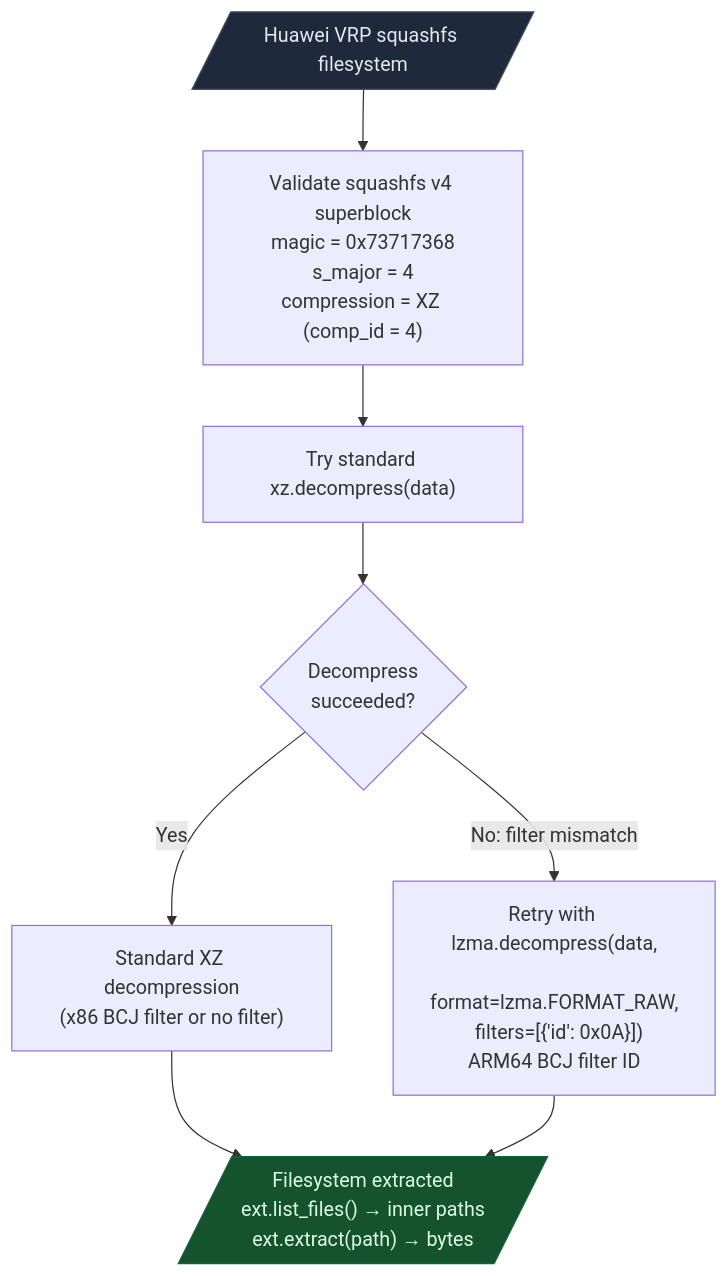
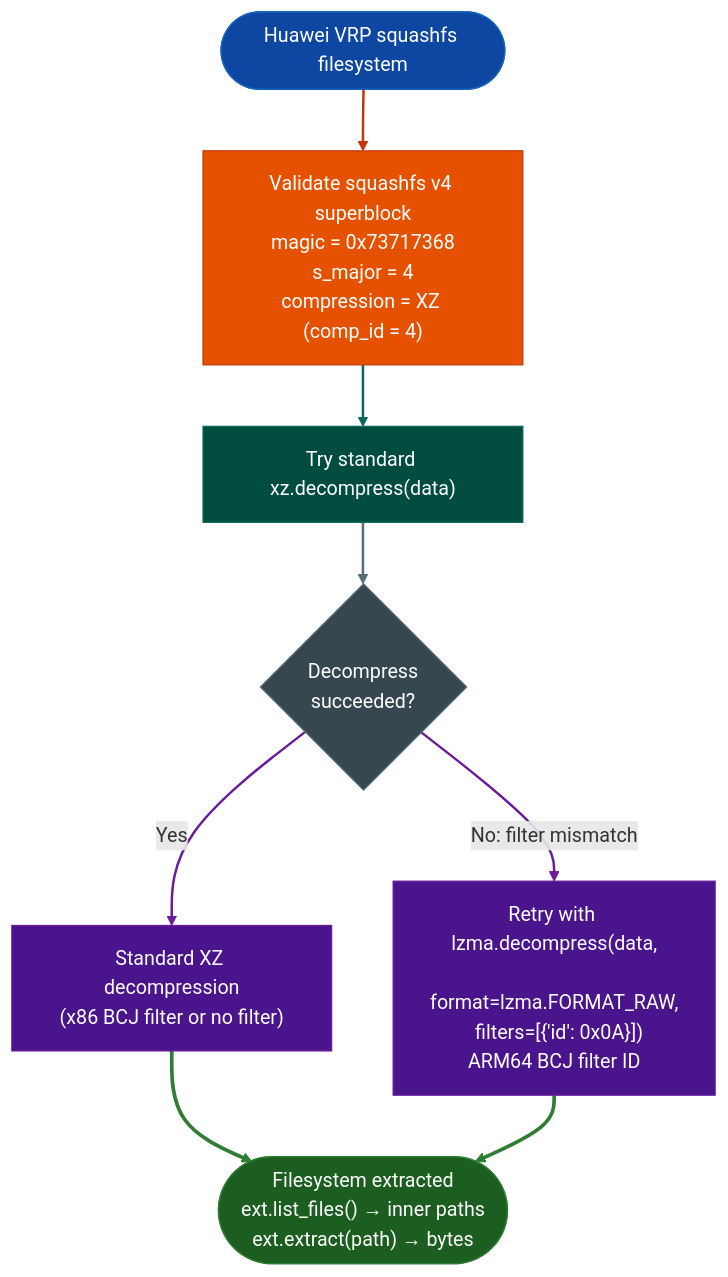
Before and after one commit to Ablation-Tool/ablation: the third of 3 diagrams in docs/reference-modules/firmware-analysis.md, drawn with Mermaid. The commit also changed other lines of this file and 320 other files, not shown here.

First line of the commit message:
docs: apply canonical Mermaid template to all 321 diagrams

````diff
--- a/docs/reference-modules/firmware-analysis.md
+++ b/docs/reference-modules/firmware-analysis.md
@@ -115,16 +140,26 @@
 ```mermaid
 flowchart TD
-    A[/"Huawei VRP squashfs filesystem"/] --> B["Validate squashfs v4 superblock\nmagic = 0x73717368\ns_major = 4\ncompression = XZ (comp_id = 4)"]
+    A(["Huawei VRP squashfs filesystem"]):::input --> B["Validate squashfs v4 superblock\nmagic = 0x73717368\ns_major = 4\ncompression = XZ (comp_id = 4)"]:::primary
 
-    B --> C["Try standard xz.decompress(data)"]
-    C --> D{"Decompress\nsucceeded?"}
+    B:::primary --> C["Try standard xz.decompress(data)"]:::secondary
+    C:::secondary --> D{"Decompress\nsucceeded?"}:::neutral
 
-    D -->|Yes| E["Standard XZ decompression\n(x86 BCJ filter or no filter)"]
-    D -->|No: filter mismatch| F["Retry with lzma.decompress(data,\n  format=lzma.FORMAT_RAW,\n  filters=[{'id': 0x0A}])\nARM64 BCJ filter ID"]
+    D:::neutral -->|Yes| E["Standard XZ decompression\n(x86 BCJ filter or no filter)"]:::tertiary
+    D:::neutral -->|No: filter mismatch| F["Retry with lzma.decompress(data,\n  format=lzma.FORMAT_RAW,\n  filters=[{'id': 0x0A}])\nARM64 BCJ filter ID"]:::tertiary
 
-    E --> G[/"Filesystem extracted\next.list_files() → inner paths\next.extract(path) → bytes"/]
-    F --> G
-
-    style A fill:#1e293b,stroke:#475569,color:#e2e8f0
-    style G fill:#14532d,stroke:#166534,color:#dcfce7
+    E:::tertiary --> G(["Filesystem extracted\next.list_files() → inner paths\next.extract(path) → bytes"]):::output
+    F:::tertiary --> G:::output
+    classDef input     fill:#0d47a1,stroke:#1565c0,color:#fff
+    classDef primary   fill:#e65100,stroke:#bf360c,color:#fff
+    classDef secondary fill:#004d40,stroke:#00695c,color:#fff
+    classDef tertiary  fill:#4a148c,stroke:#6a1b9a,color:#fff
+    classDef neutral   fill:#37474f,stroke:#546e7a,color:#fff
+    classDef output    fill:#1b5e20,stroke:#2e7d32,color:#fff
+    linkStyle 0 stroke:#bf360c,stroke-width:2px
+    linkStyle 1 stroke:#00695c,stroke-width:2px
+    linkStyle 2 stroke:#546e7a,stroke-width:2px
+    linkStyle 3 stroke:#6a1b9a,stroke-width:2px
+    linkStyle 4 stroke:#6a1b9a,stroke-width:2px
+    linkStyle 5 stroke:#2e7d32,stroke-width:3px
+    linkStyle 6 stroke:#2e7d32,stroke-width:3px
 ```
````
